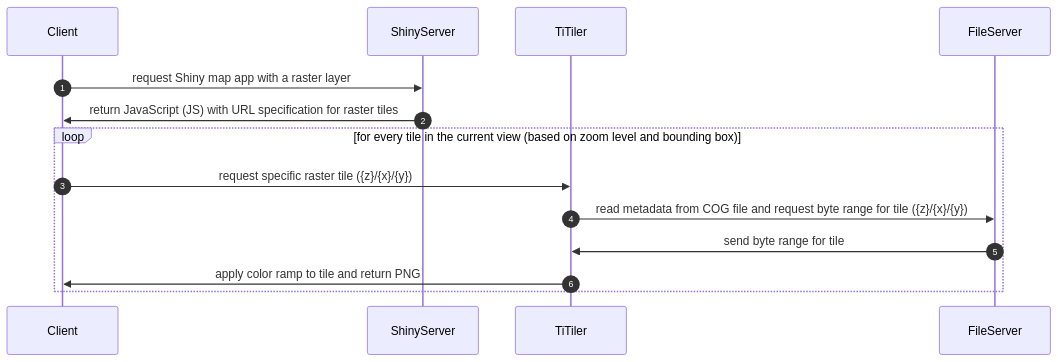
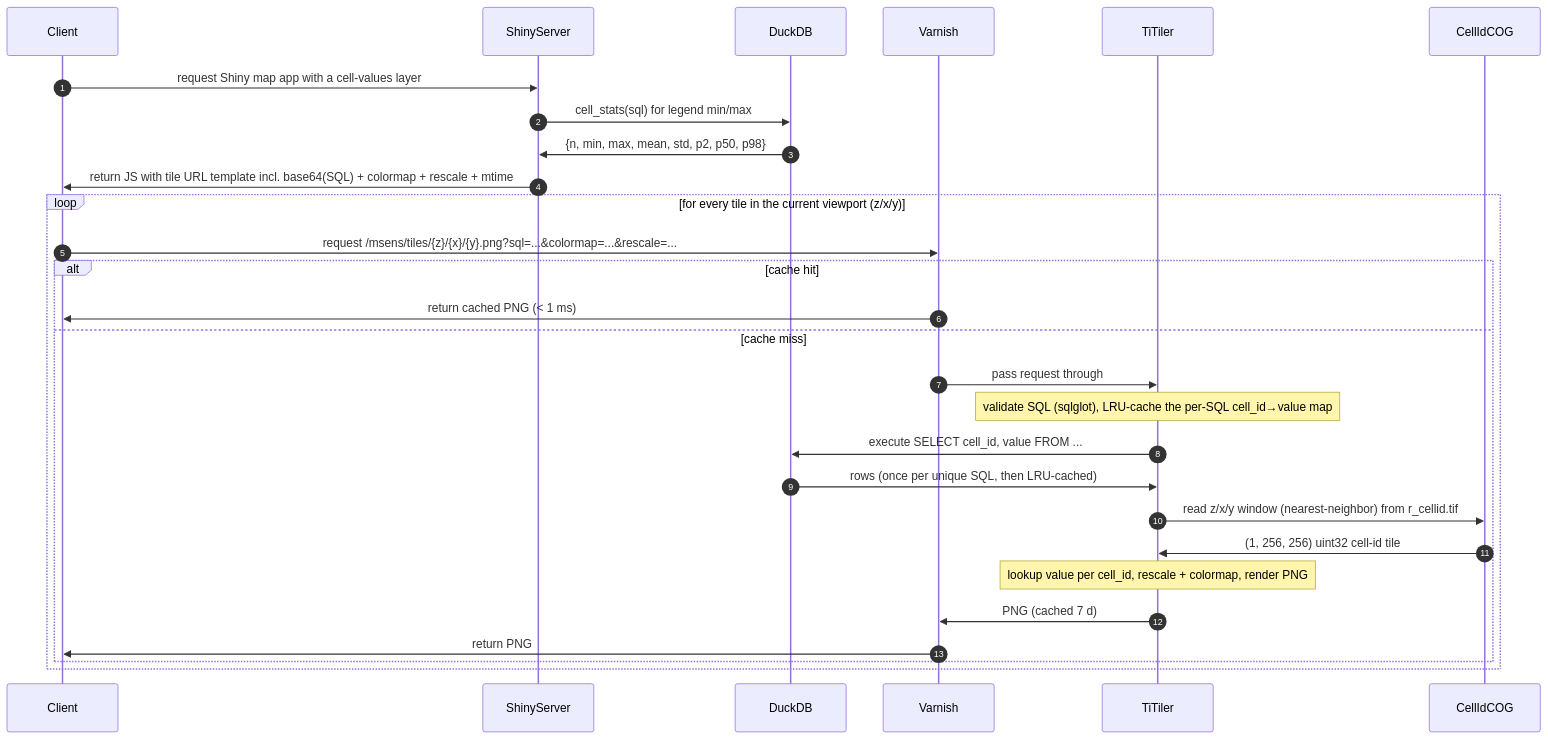
Before and after one commit to MarineSensitivity/docs: the diagram in diagrams/raster.mmd, drawn with Mermaid. The commit also changed 13 other files, not shown here.

```diff
--- a/diagrams/raster.mmd
+++ b/diagrams/raster.mmd
@@ -1,11 +1,23 @@
 sequenceDiagram
   autonumber
-  Client      ->> ShinyServer: request Shiny map app with a raster layer
-  ShinyServer ->> Client:      return JavaScript (JS) with URL specification for raster tiles
-  loop for every tile in the current view (based on zoom level and bounding box)
-    Client     ->> TiTiler:    request specific raster tile ({z}/{x}/{y})
-    TiTiler    ->> FileServer: read metadata from COG file and request byte range for tile ({z}/{x}/{y})
-    FileServer ->> TiTiler:    send byte range for tile
-    TiTiler    ->> Client:     apply color ramp to tile and return PNG
+  Client      ->> ShinyServer: request Shiny map app with a cell-values layer
+  ShinyServer ->> DuckDB:      cell_stats(sql) for legend min/max
+  DuckDB      ->> ShinyServer: {n, min, max, mean, std, p2, p50, p98}
+  ShinyServer ->> Client:      return JS with tile URL template incl. base64(SQL) + colormap + rescale + mtime
+  loop for every tile in the current viewport (z/x/y)
+    Client      ->> Varnish:      request /msens/tiles/{z}/{x}/{y}.png?sql=...&colormap=...&rescale=...
+    alt cache hit
+      Varnish   ->> Client:       return cached PNG (< 1 ms)
+    else cache miss
+      Varnish   ->> TiTiler:      pass request through
+      Note over TiTiler: validate SQL (sqlglot), LRU-cache the per-SQL cell_id→value map
+      TiTiler   ->> DuckDB:        execute SELECT cell_id, value FROM ...
+      DuckDB    ->> TiTiler:       rows (once per unique SQL, then LRU-cached)
+      TiTiler   ->> CellIdCOG:     read z/x/y window (nearest-neighbor) from r_cellid.tif
+      CellIdCOG ->> TiTiler:       (1, 256, 256) uint32 cell-id tile
+      Note over TiTiler: lookup value per cell_id, rescale + colormap, render PNG
+      TiTiler   ->> Varnish:       PNG (cached 7 d)
+      Varnish   ->> Client:        return PNG
+    end
   end
 %% mmdc -i diagrams/raster.mmd --theme default --backgroundColor transparent --scale 8 -o diagrams/raster.png
```
